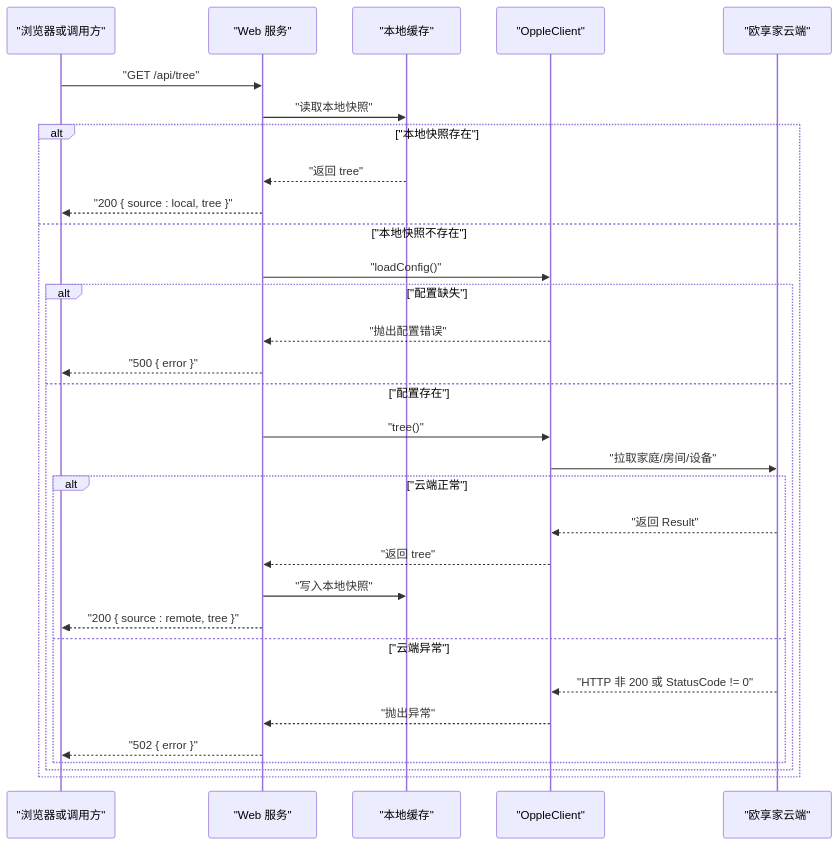
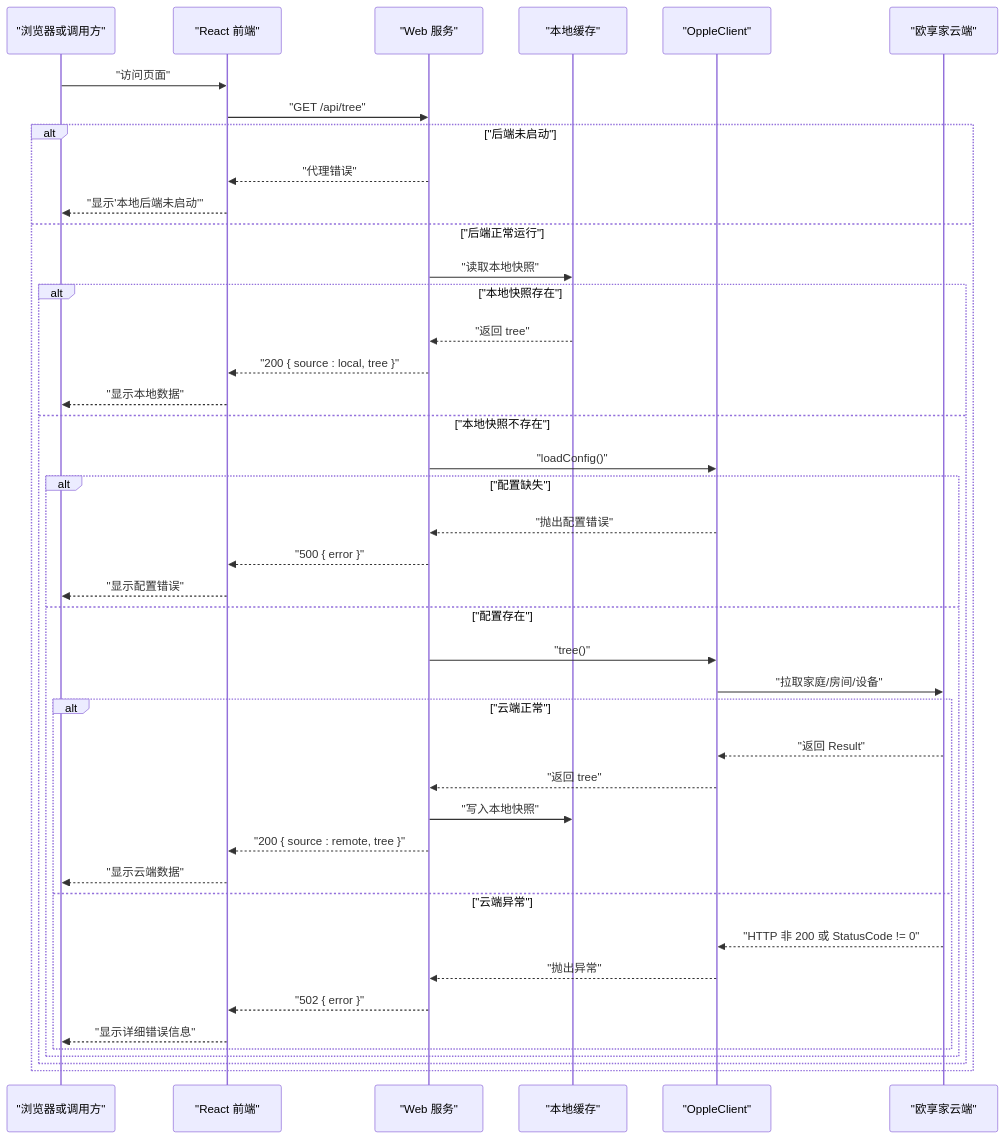
Before and after one commit to zh79325/opple-cloud-adapter: the third of 3 diagrams in .qoder/repowiki/zh/content/API接口文档/错误处理.md, drawn with Mermaid. The commit also changed other lines of this file and 30 other files, not shown here.

````diff
--- a/.qoder/repowiki/zh/content/API接口文档/错误处理.md
+++ b/.qoder/repowiki/zh/content/API接口文档/错误处理.md
@@ -332,33 +387,44 @@
 ```mermaid
 sequenceDiagram
 participant Browser as "浏览器或调用方"
+participant Frontend as "React 前端"
 participant Server as "Web 服务"
 participant Cache as "本地缓存"
 participant Client as "OppleClient"
 participant Cloud as "欧享家云端"
-Browser->>Server : "GET /api/tree"
+Browser->>Frontend : "访问页面"
+Frontend->>Server : "GET /api/tree"
+alt "后端未启动"
+Server-->>Frontend : "代理错误"
+Frontend-->>Browser : "显示'本地后端未启动'"
+else "后端正常运行"
 Server->>Cache : "读取本地快照"
 alt "本地快照存在"
 Cache-->>Server : "返回 tree"
-Server-->>Browser : "200 { source : local, tree }"
+Server-->>Frontend : "200 { source : local, tree }"
+Frontend-->>Browser : "显示本地数据"
 else "本地快照不存在"
 Server->>Client : "loadConfig()"
 alt "配置缺失"
 Client-->>Server : "抛出配置错误"
-Server-->>Browser : "500 { error }"
+Server-->>Frontend : "500 { error }"
+Frontend-->>Browser : "显示配置错误"
 else "配置存在"
 Server->>Client : "tree()"
 Client->>Cloud : "拉取家庭/房间/设备"
 alt "云端正常"
 Cloud-->>Client : "返回 Result"
 Client-->>Server : "返回 tree"
 Server->>Cache : "写入本地快照"
-Server-->>Browser : "200 { source : remote, tree }"
+Server-->>Frontend : "200 { source : remote, tree }"
+Frontend-->>Browser : "显示云端数据"
 else "云端异常"
 Cloud-->>Client : "HTTP 非 200 或 StatusCode != 0"
 Client-->>Server : "抛出异常"
-Server-->>Browser : "502 { error }"
+Server-->>Frontend : "502 { error }"
+Frontend-->>Browser : "显示详细错误信息"
+end
 end
 end
 end
 ```
````
